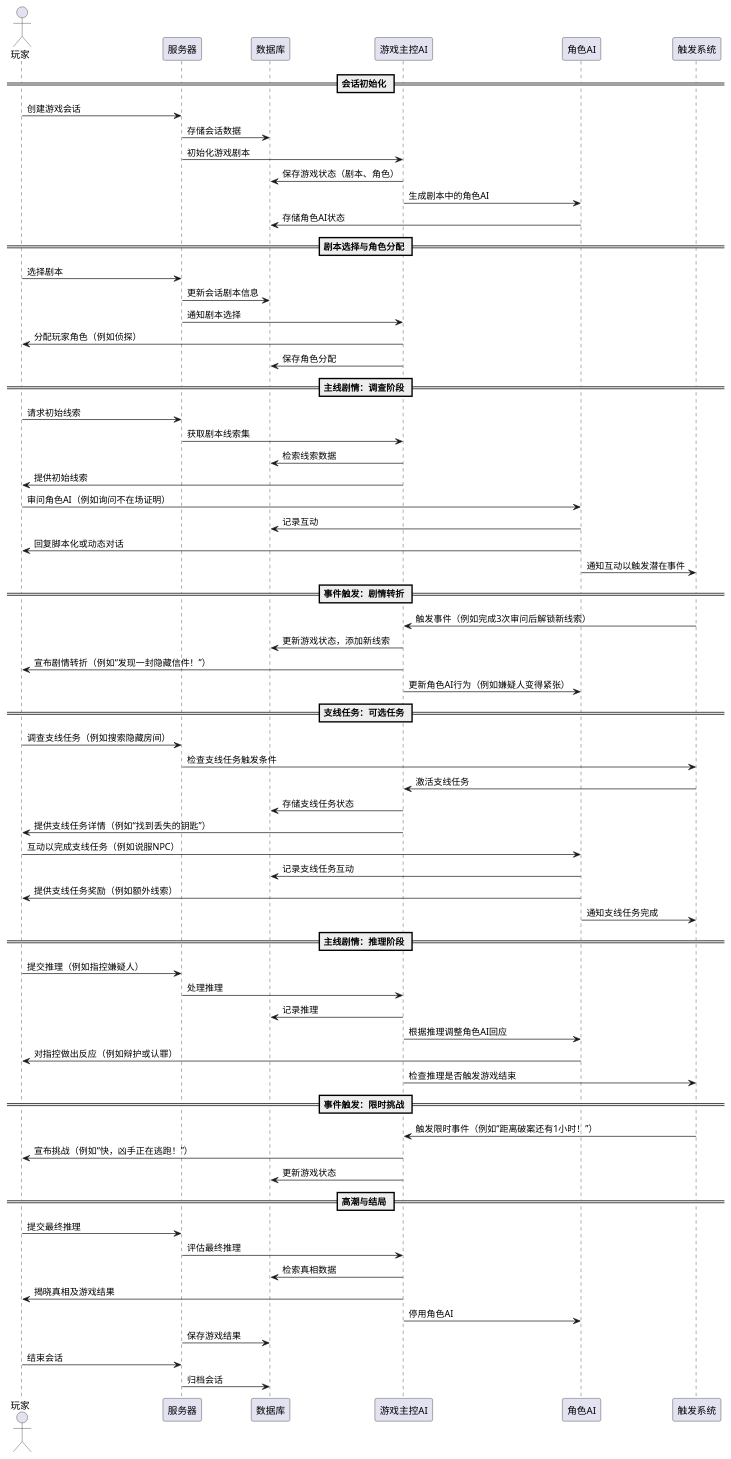
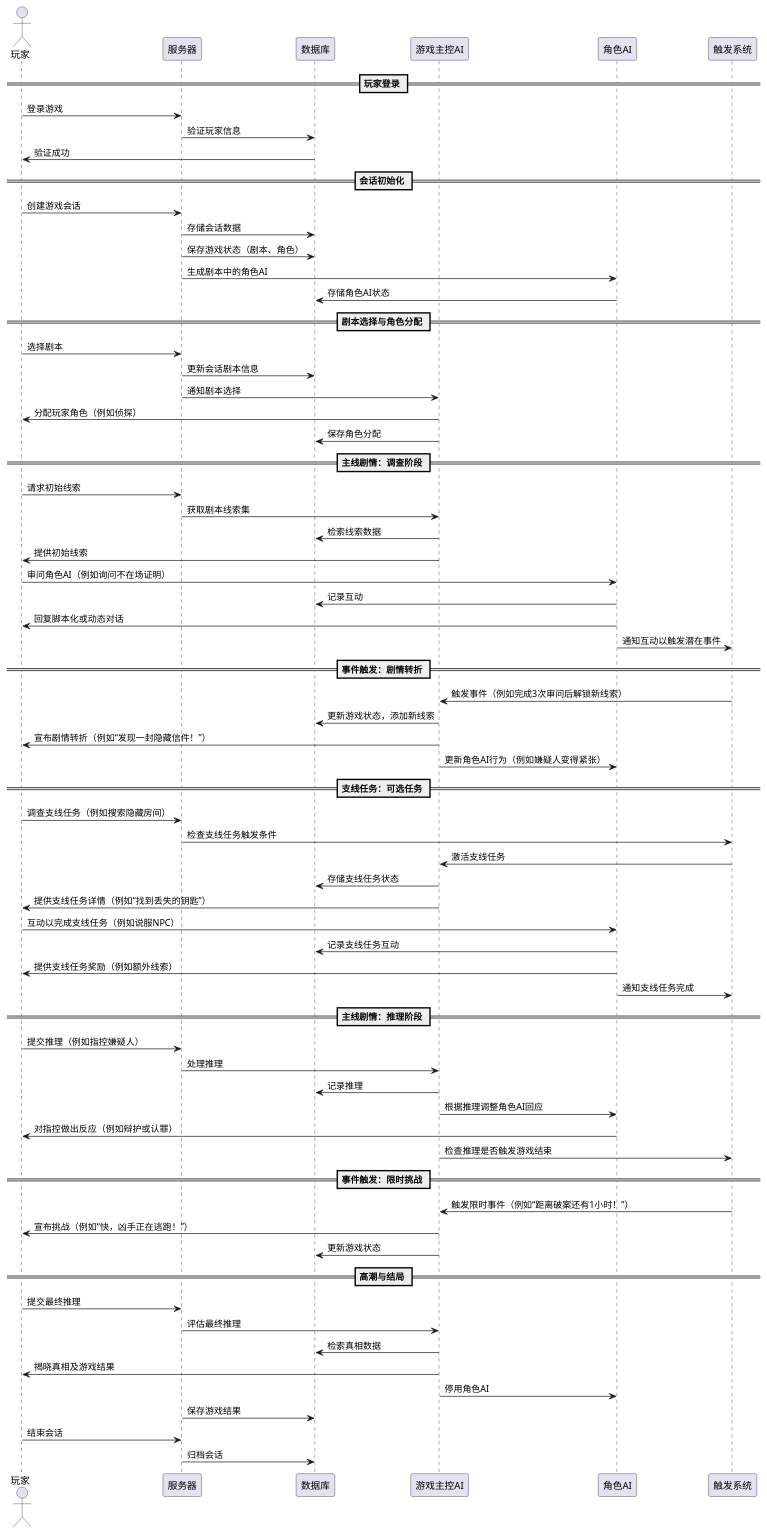
One commit to anmoryli/ai-agent changed the diagram in docs/剧本杀流程.puml. Above: the diagram before and after it, drawn with PlantUML. The commit also changed 5 other files, not shown here.

```diff
--- a/docs/剧本杀流程.puml
+++ b/docs/剧本杀流程.puml
@@ -1,74 +1,78 @@
 @startuml
 actor 玩家
 participant 服务器
 participant 数据库
 participant "游戏主控AI" as GM
 participant "角色AI" as CA
 participant "触发系统" as TS
 
+== 玩家登录 ==
+玩家 -> 服务器: 登录游戏
+服务器 -> 数据库: 验证玩家信息
+数据库 -> 玩家: 验证成功
+
 == 会话初始化 ==
 玩家 -> 服务器: 创建游戏会话
 服务器 -> 数据库: 存储会话数据
-服务器 -> GM: 初始化游戏剧本
-GM -> 数据库: 保存游戏状态（剧本、角色）
-GM -> CA: 生成剧本中的角色AI
+服务器 -> 数据库: 保存游戏状态（剧本、角色）
+服务器 -> CA: 生成剧本中的角色AI
 CA -> 数据库: 存储角色AI状态
 
 == 剧本选择与角色分配 ==
 玩家 -> 服务器: 选择剧本
 服务器 -> 数据库: 更新会话剧本信息
 服务器 -> GM: 通知剧本选择
 GM -> 玩家: 分配玩家角色（例如侦探）
 GM -> 数据库: 保存角色分配
 
 == 主线剧情：调查阶段 ==
 玩家 -> 服务器: 请求初始线索
 服务器 -> GM: 获取剧本线索集
 GM -> 数据库: 检索线索数据
 GM -> 玩家: 提供初始线索
 玩家 -> CA: 审问角色AI（例如询问不在场证明）
 CA -> 数据库: 记录互动
 CA -> 玩家: 回复脚本化或动态对话
 CA -> TS: 通知互动以触发潜在事件
 
 == 事件触发：剧情转折 ==
 TS -> GM: 触发事件（例如完成3次审问后解锁新线索）
 GM -> 数据库: 更新游戏状态，添加新线索
 GM -> 玩家: 宣布剧情转折（例如“发现一封隐藏信件！”）
 GM -> CA: 更新角色AI行为（例如嫌疑人变得紧张）
 
 == 支线任务：可选任务 ==
 玩家 -> 服务器: 调查支线任务（例如搜索隐藏房间）
 服务器 -> TS: 检查支线任务触发条件
 TS -> GM: 激活支线任务
 GM -> 数据库: 存储支线任务状态
 GM -> 玩家: 提供支线任务详情（例如“找到丢失的钥匙”）
 玩家 -> CA: 互动以完成支线任务（例如说服NPC）
 CA -> 数据库: 记录支线任务互动
 CA -> 玩家: 提供支线任务奖励（例如额外线索）
 CA -> TS: 通知支线任务完成
 
 == 主线剧情：推理阶段 ==
 玩家 -> 服务器: 提交推理（例如指控嫌疑人）
 服务器 -> GM: 处理推理
 GM -> 数据库: 记录推理
 GM -> CA: 根据推理调整角色AI回应
 CA -> 玩家: 对指控做出反应（例如辩护或认罪）
 GM -> TS: 检查推理是否触发游戏结束
 
 == 事件触发：限时挑战 ==
 TS -> GM: 触发限时事件（例如“距离破案还有1小时！”）
 GM -> 玩家: 宣布挑战（例如“快，凶手正在逃跑！”）
 GM -> 数据库: 更新游戏状态
 
 == 高潮与结局 ==
 玩家 -> 服务器: 提交最终推理
 服务器 -> GM: 评估最终推理
 GM -> 数据库: 检索真相数据
 GM -> 玩家: 揭晓真相及游戏结果
 GM -> CA: 停用角色AI
 服务器 -> 数据库: 保存游戏结果
 玩家 -> 服务器: 结束会话
 服务器 -> 数据库: 归档会话
 
 @enduml
```
